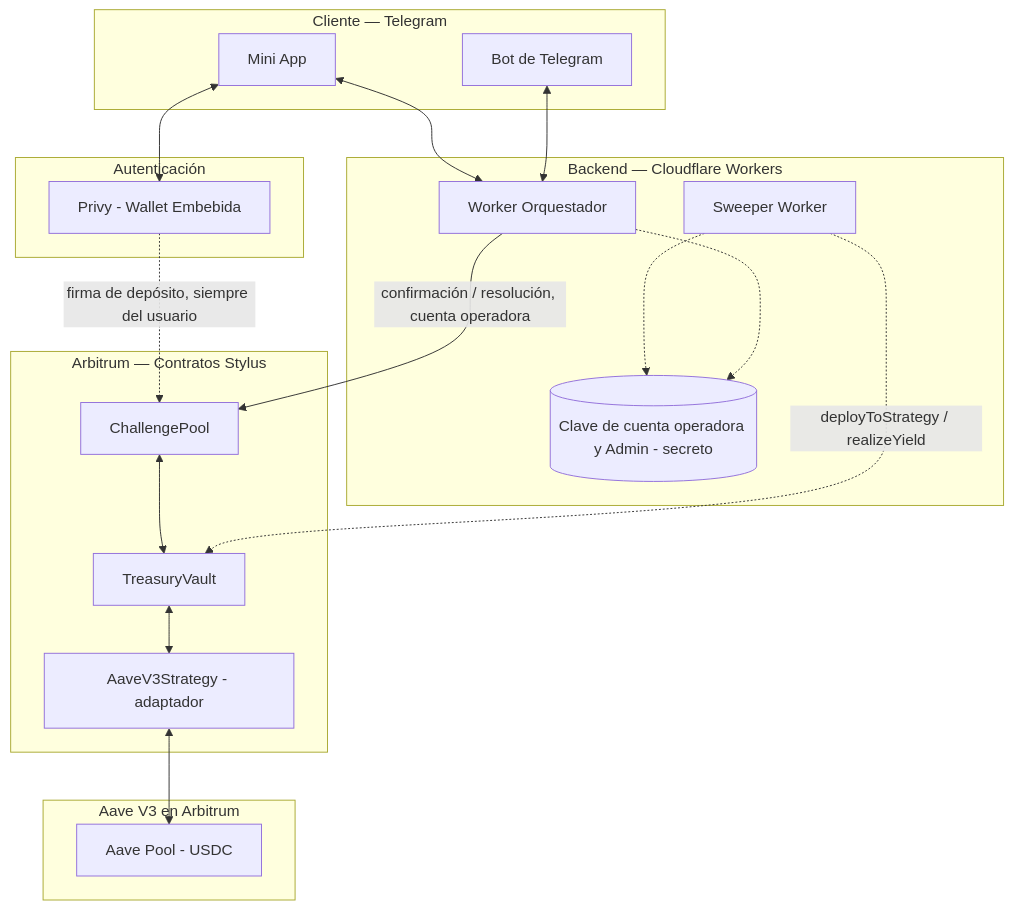
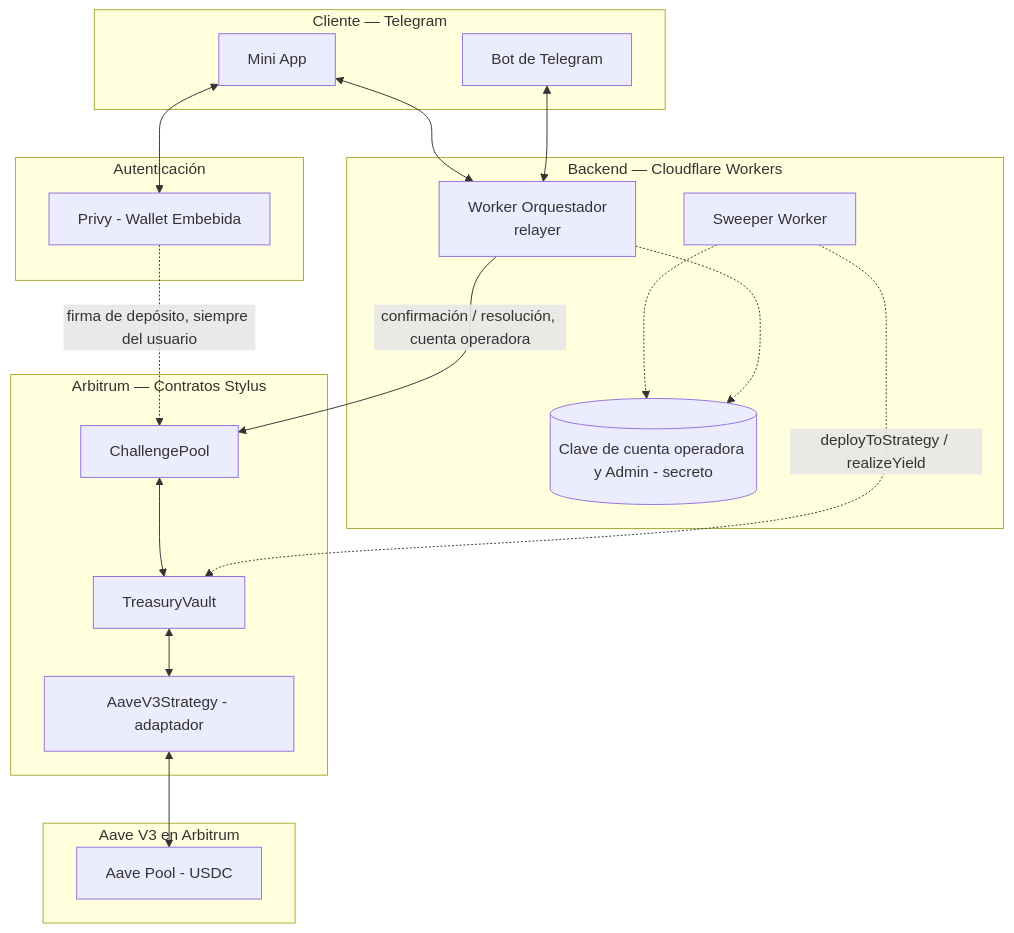
Before and after one commit to Zer0-Knowledge-Hack/otter-pot: the first of 7 diagrams in docs/SDD.md, drawn with Mermaid. The commit also changed 1 other file, not shown here.

Commit message:
docs: exportar el diagrama de arquitectura de SDD 5.3 a Mermaid Live
- Enlaza el diagrama publico en la lista de entregables del README
- Etiqueta el Worker Orquestador como relayer en el diagrama

````diff
--- a/docs/SDD.md
+++ b/docs/SDD.md
@@ -88,39 +88,39 @@
 ```mermaid
 graph TB
     subgraph Cliente["Cliente — Telegram"]
         TGBot[Bot de Telegram]
         MiniApp[Mini App]
     end
 
     subgraph Auth["Autenticación"]
         Privy[Privy - Wallet Embebida]
     end
 
     subgraph Backend["Backend — Cloudflare Workers"]
-        Worker[Worker Orquestador]
+        Worker[Worker Orquestador<br/>relayer]
         Sweeper[Sweeper Worker]
         Secrets[(Clave de cuenta operadora y Admin - secreto)]
     end
 
     subgraph Chain["Arbitrum — Contratos Stylus"]
         CP[ChallengePool]
         TV[TreasuryVault]
         YS[AaveV3Strategy - adaptador]
     end
 
     subgraph External["Aave V3 en Arbitrum"]
         Pool[Aave Pool - USDC]
     end
 
     TGBot <--> Worker
     MiniApp <--> Privy
     MiniApp <--> Worker
     Privy -.->|firma de depósito, siempre del usuario| CP
     Worker -->|confirmación / resolución, cuenta operadora| CP
     Sweeper -.->|deployToStrategy / realizeYield| TV
     Worker -.-> Secrets
     Sweeper -.-> Secrets
     CP <--> TV
     TV <--> YS
     YS <--> Pool
 ```
````
